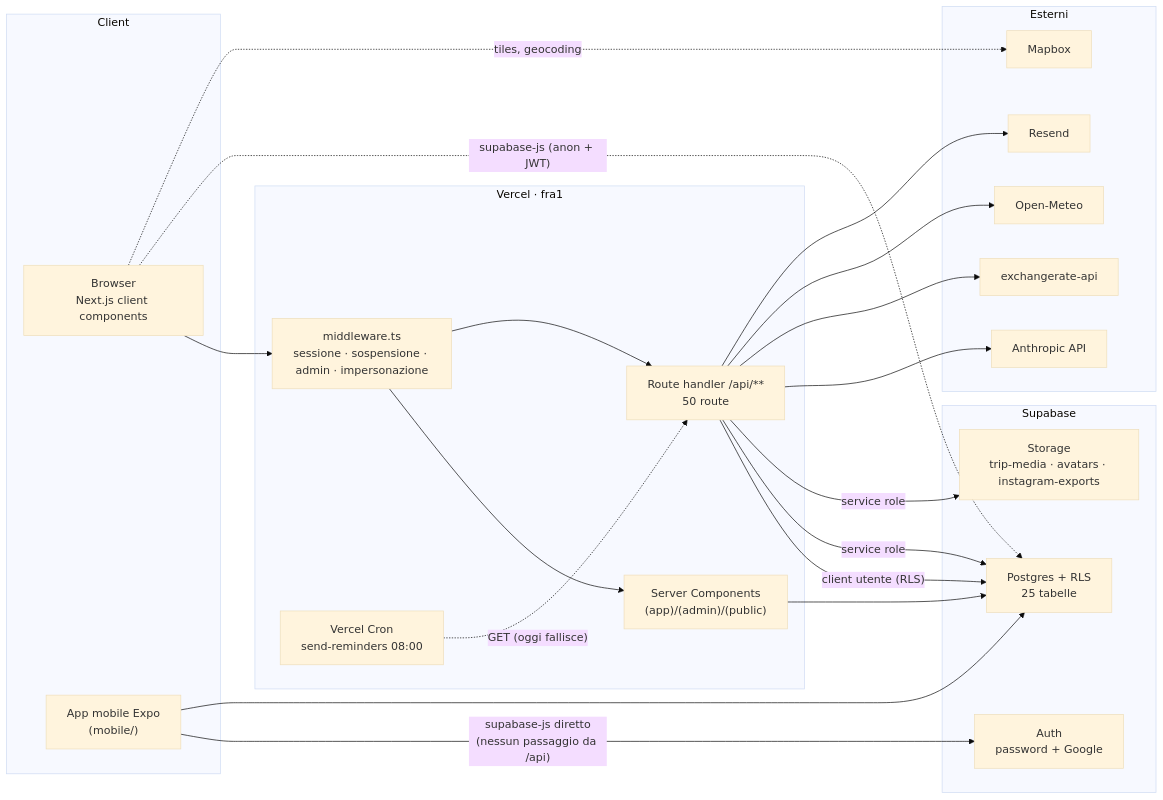
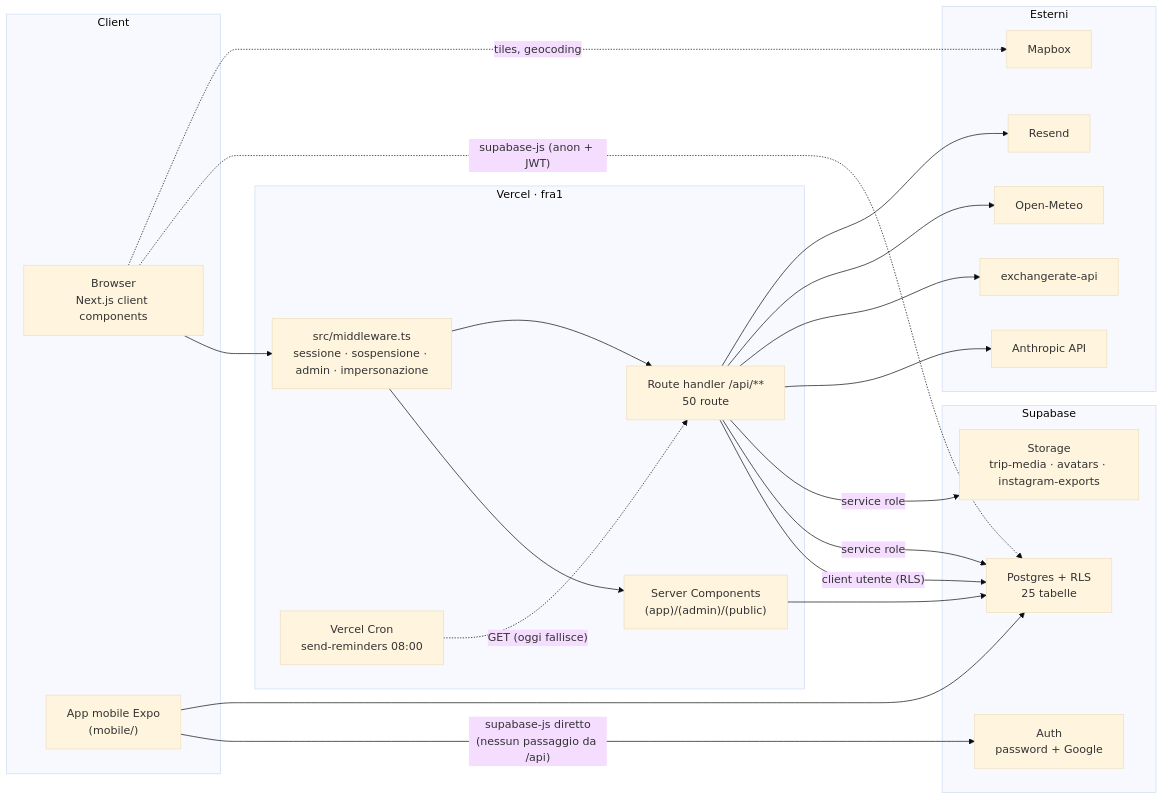
Before and after one commit to NicoloCalandri/motonui: the first of 3 diagrams in docs/architecture.md, drawn with Mermaid (base theme). The commit also changed other lines of this file and 6 other files, not shown here.

First line of the commit message:
fix(backend): move middleware to src/ so Next.js actually runs it

````diff
--- a/docs/architecture.md
+++ b/docs/architecture.md
@@ -11,44 +11,44 @@
 ```mermaid
 flowchart LR
     subgraph Client
         WEB["Browser<br/>Next.js client components"]
         MOB["App mobile Expo<br/>(mobile/)"]
     end
 
     subgraph Vercel["Vercel · fra1"]
-        MW["middleware.ts<br/>sessione · sospensione · admin · impersonazione"]
+        MW["src/middleware.ts<br/>sessione · sospensione · admin · impersonazione"]
         RSC["Server Components<br/>(app)/(admin)/(public)"]
         API["Route handler /api/**<br/>50 route"]
         CRON["Vercel Cron<br/>send-reminders 08:00"]
     end
 
     subgraph Supabase
         AUTH["Auth<br/>password + Google"]
         PG["Postgres + RLS<br/>25 tabelle"]
         ST["Storage<br/>trip-media · avatars · instagram-exports"]
     end
 
     subgraph Esterni
         ANT["Anthropic API"]
         MBX["Mapbox"]
         FX["exchangerate-api"]
         WX["Open-Meteo"]
         RS["Resend"]
     end
 
     WEB --> MW --> RSC
     MW --> API
     WEB -. "supabase-js (anon + JWT)" .-> PG
     WEB -. "tiles, geocoding" .-> MBX
     MOB -- "supabase-js diretto<br/>(nessun passaggio da /api)" --> AUTH
     MOB --> PG
     RSC --> PG
     API -- "client utente (RLS)" --> PG
     API -- "service role" --> PG
     API -- "service role" --> ST
     API --> ANT
     API --> FX
     API --> WX
     CRON -. "GET (oggi fallisce)" .-> API
     API --> RS
 ```
````
